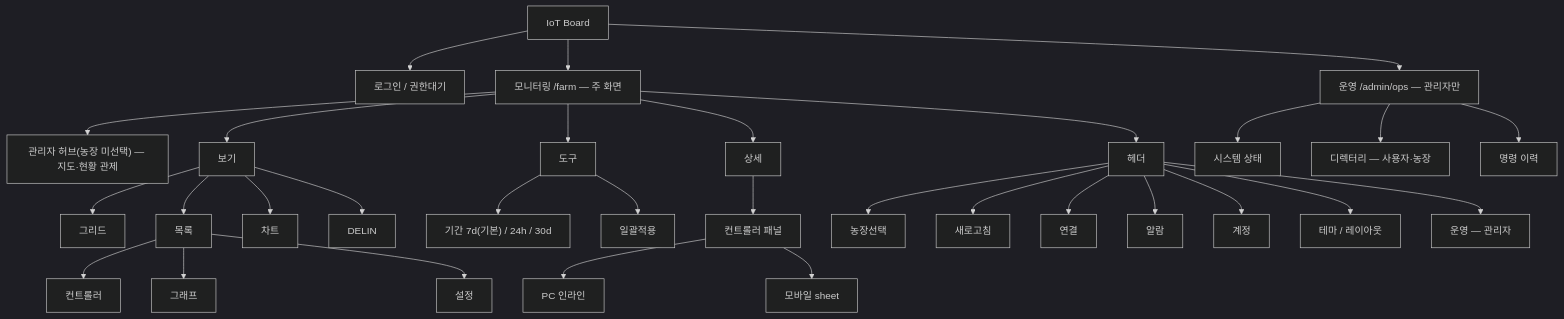
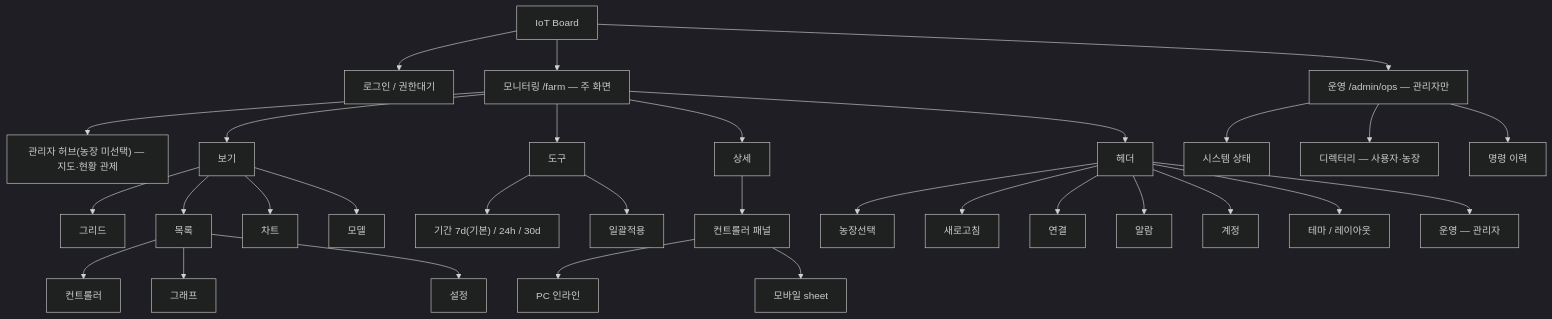
The first of 3 diagrams in web/docs/user-manual/10-메뉴구조도.md (SIJackLee/dashboard), drawn with Mermaid (dark theme) before and after one commit. The commit also changed other lines of this file and 71 other files, not shown here.

First line of the commit message:
feat(web): speed up unified trend and ship barn model plus DELIN env

````diff
--- a/web/docs/user-manual/10-메뉴구조도.md
+++ b/web/docs/user-manual/10-메뉴구조도.md
@@ -22,43 +22,43 @@
 ```mermaid
 flowchart TD
   root["IoT Board"]
 
   root --> auth["로그인 / 권한대기"]
   root --> farm["모니터링 /farm — 주 화면"]
   root --> ops["운영 /admin/ops — 관리자만"]
 
   %% 상단 세 꼭짓점: 보기 · 도구 · 상세
   farm --> adminHub["관리자 허브(농장 미선택) — 지도·현황 관제"]
   farm --> view["보기"]
   farm --> tools["도구"]
   farm --> detail["상세"]
 
   view --> grid["그리드"]
   view --> list["목록"]
   view --> chart["차트"]
-  view --> aria["DELIN"]
+  view --> model["모델"]
   list --> modeCtrl["컨트롤러"]
   list --> modeGraph["그래프"]
   list --> modeSet["설정"]
 
   tools --> period["기간 7d(기본) / 24h / 30d"]
   tools --> bulk["일괄적용"]
 
   detail --> panel["컨트롤러 패널"]
   panel --> pcInline["PC 인라인"]
   panel --> mobileSheet["모바일 sheet"]
 
   %% 하단 꼭짓점: 헤더 (화살표 farm --> header 동일)
   farm --> header["헤더"]
   header --> hFarm["농장선택"]
   header --> hRefresh["새로고침"]
   header --> hConn["연결"]
   header --> hAlarm["알람"]
   header --> hAccount["계정"]
   header --> hTheme["테마 / 레이아웃"]
   header --> hOps["운영 — 관리자"]
 
   ops --> system["시스템 상태"]
   ops --> directory["디렉터리 — 사용자·농장"]
   ops --> commands["명령 이력"]
 ```
````
